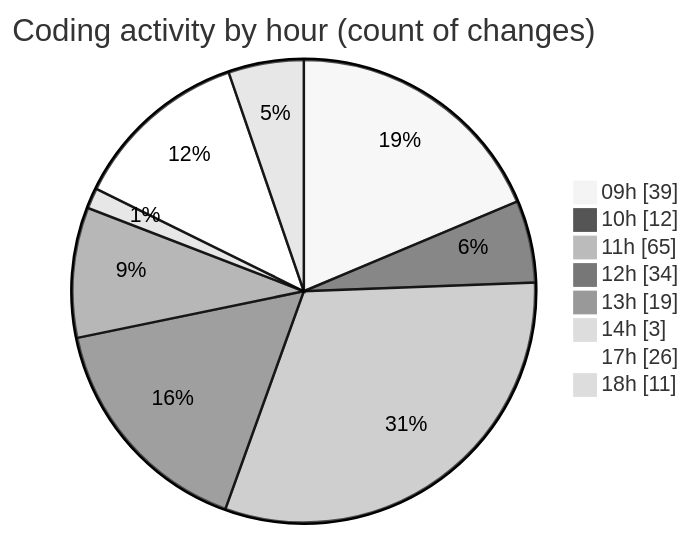
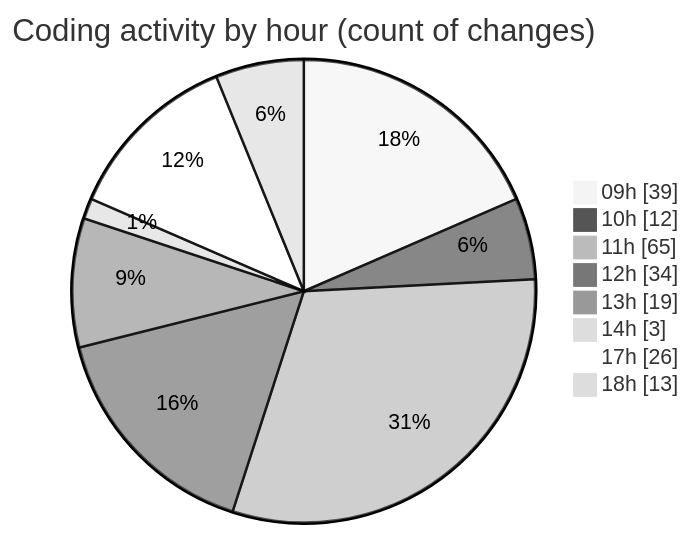
The second of 2 diagrams in 2025-03-04/cda/README.md (momahboobian/code-tracking), drawn with Mermaid (neutral theme) before and after one commit. The commit also changed other lines of this file and 1 other file, not shown here.

````diff
--- a/2025-03-04/cda/README.md
+++ b/2025-03-04/cda/README.md
@@ -35,12 +35,12 @@
 ```mermaid
 pie showData
 title Coding activity by hour (count of changes)
 "09h" : 39
 "10h" : 12
 "11h" : 65
 "12h" : 34
 "13h" : 19
 "14h" : 3
 "17h" : 26
-"18h" : 11
+"18h" : 13
 ```
````
